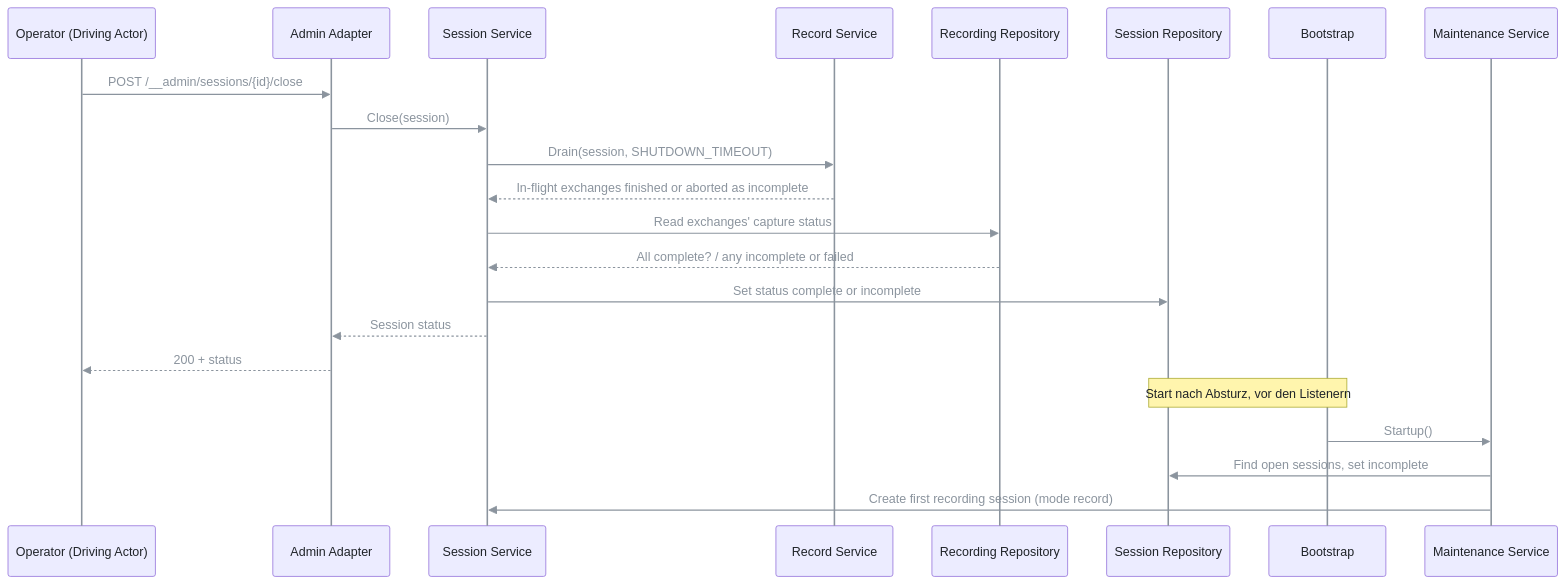
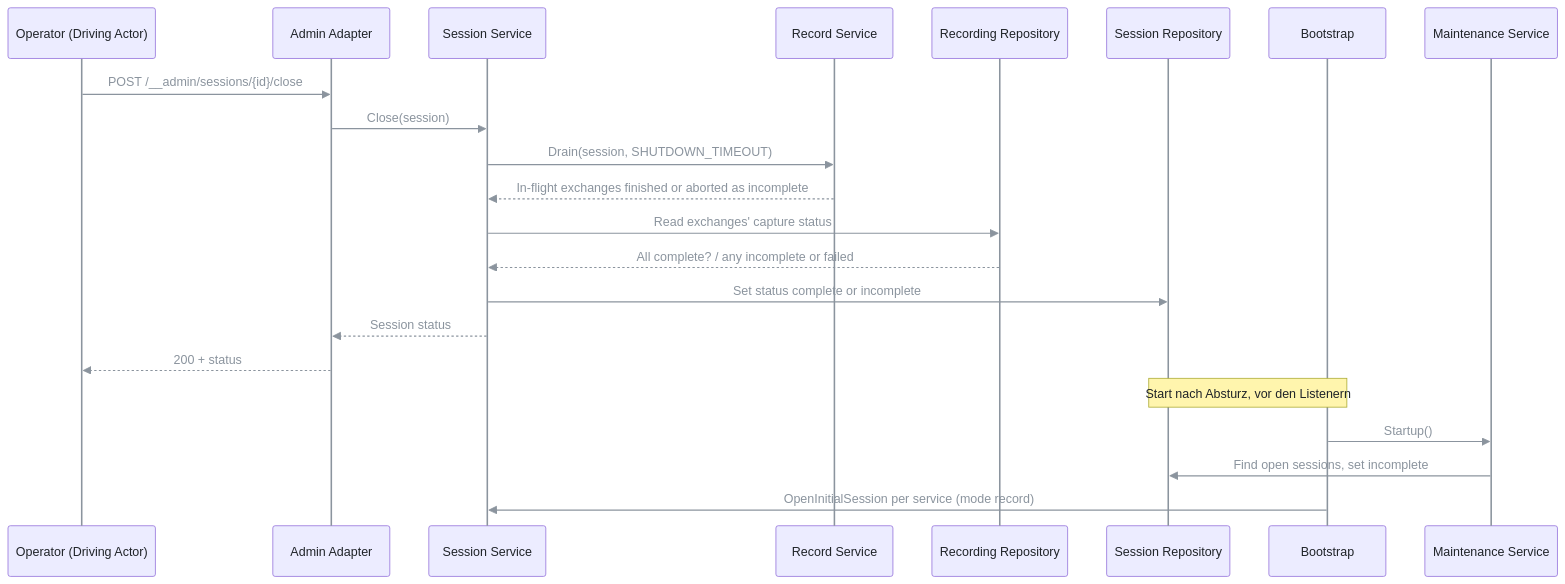
Before and after one commit to pt9912/odata-recorder: diagram 11 of 11 in spec/architecture.md, drawn with Mermaid. The commit also changed other lines of this file and 1 other file, not shown here.

Commit message:
Restbefunde V-2 bis V-6 beheben: Zyklus Maintenance/Session aufgeloest, Gateway-Rolle, ODR-E5009 bei close, Start-Session je Service (LH-FA-01, LH-FA-02)

````diff
--- a/spec/architecture.md
+++ b/spec/architecture.md
@@ -535,25 +538,25 @@
 ```mermaid
 %%{init: {'themeVariables': {'lineColor': '#8b949e', 'signalColor': '#8b949e', 'signalTextColor': '#8b949e', 'actorLineColor': '#8b949e', 'loopTextColor': '#8b949e', 'textColor': '#c9d1d9', 'primaryTextColor': '#1f2328', 'nodeTextColor': '#1f2328', 'actorTextColor': '#1f2328', 'noteTextColor': '#1f2328', 'edgeLabelBackground': '#30363d'}}}%%
 sequenceDiagram
     participant O as Operator (Driving Actor)
     participant A as Admin Adapter
     participant S as Session Service
     participant P as Record Service
     participant X as Recording Repository
     participant R as Session Repository
     participant B as Bootstrap
     participant M as Maintenance Service
     O->>A: POST /__admin/sessions/{id}/close
     A->>S: Close(session)
     S->>P: Drain(session, SHUTDOWN_TIMEOUT)
     P-->>S: In-flight exchanges finished or aborted as incomplete
     S->>X: Read exchanges' capture status
     X-->>S: All complete? / any incomplete or failed
     S->>R: Set status complete or incomplete
     S-->>A: Session status
     A-->>O: 200 + status
     Note over B,R: Start nach Absturz, vor den Listenern
     B->>M: Startup()
     M->>R: Find open sessions, set incomplete
-    M->>S: Create first recording session (mode record)
+    B->>S: OpenInitialSession per service (mode record)
 ```
````
